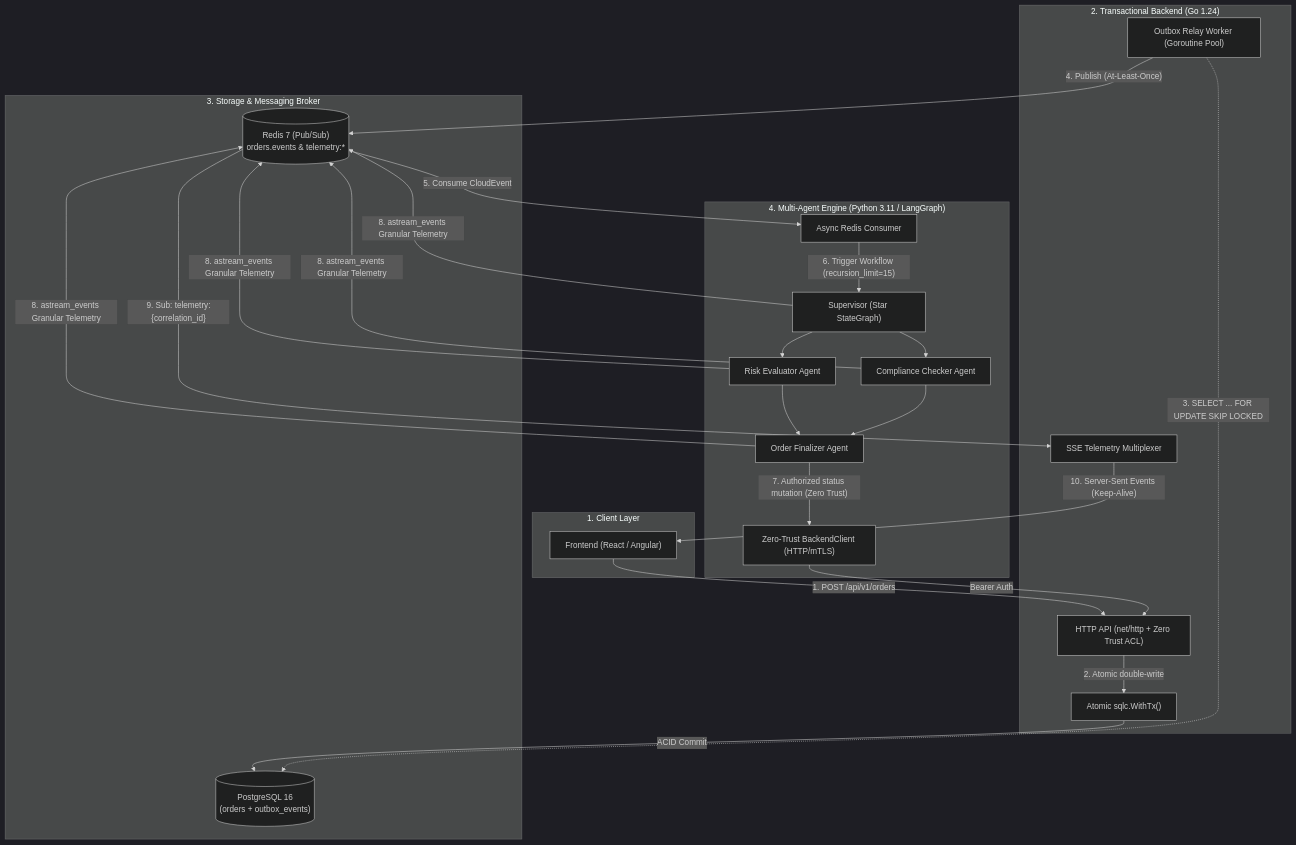
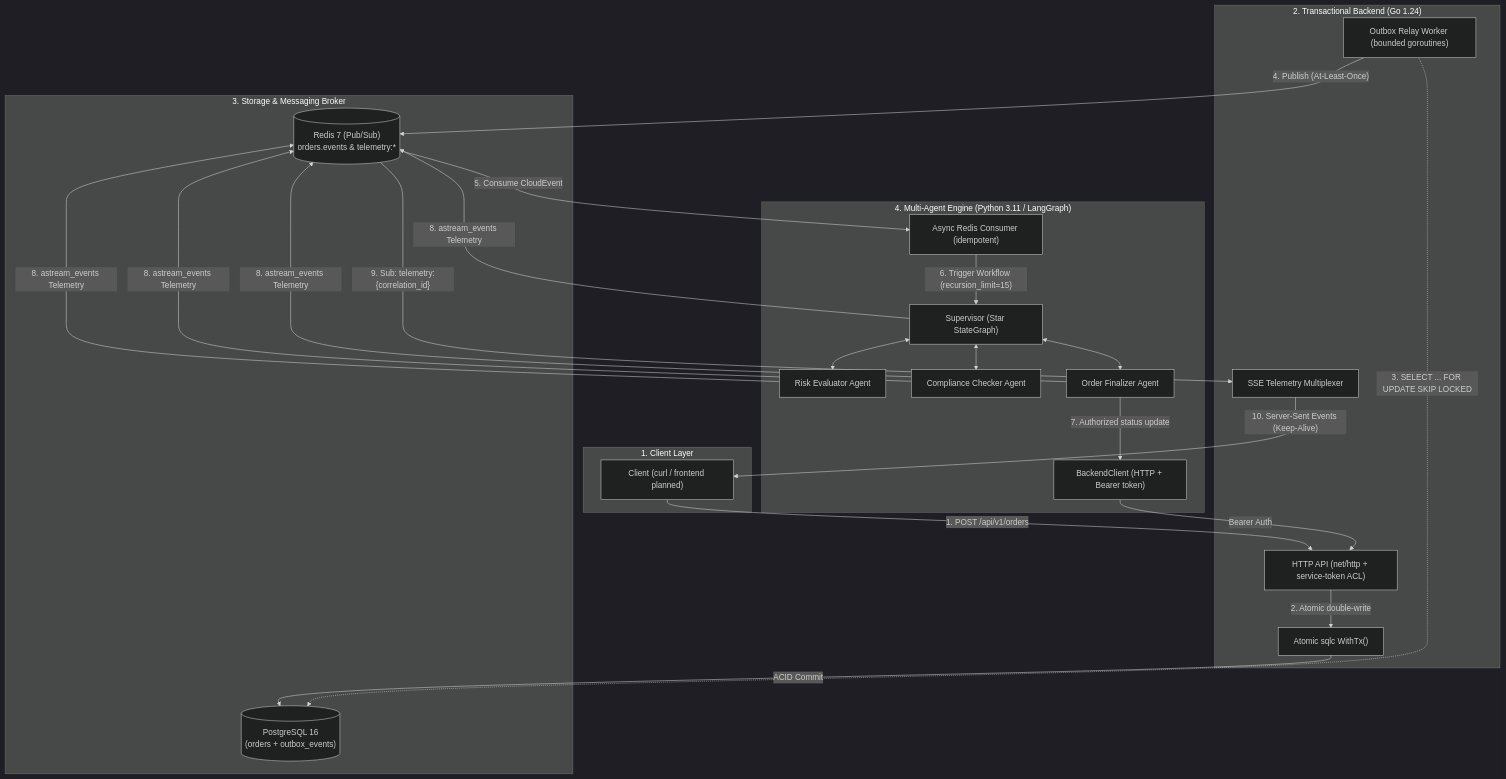
Before and after one commit to ggonzalez36/Agent-engine: the diagram in README.md, drawn with Mermaid (dark theme). The commit also changed other lines of this file and 2 other files, not shown here.

````diff
--- a/README.md
+++ b/README.md
@@ -15,44 +19,44 @@
 ```mermaid
 flowchart TD
     subgraph ClientLayer ["1. Client Layer"]
-        FE["Frontend (React / Angular)"]
+        FE["Client (curl / frontend planned)"]
     end
 
     subgraph GoBackend ["2. Transactional Backend (Go 1.24)"]
-        API["HTTP API (net/http + Zero Trust ACL)"]
-        TX["Atomic sqlc.WithTx()"]
-        RELAY["Outbox Relay Worker (Goroutine Pool)"]
+        API["HTTP API (net/http + service-token ACL)"]
+        TX["Atomic sqlc WithTx()"]
+        RELAY["Outbox Relay Worker (bounded goroutines)"]
         SSE["SSE Telemetry Multiplexer"]
     end
 
     subgraph StorageLayer ["3. Storage & Messaging Broker"]
         PG[("PostgreSQL 16\n(orders + outbox_events)")]
         REDIS[("Redis 7 (Pub/Sub)\norders.events & telemetry:*")]
     end
 
     subgraph AgentEngine ["4. Multi-Agent Engine (Python 3.11 / LangGraph)"]
-        SUB["Async Redis Consumer"]
+        SUB["Async Redis Consumer (idempotent)"]
         SUP["Supervisor (Star StateGraph)"]
         A1["Risk Evaluator Agent"]
         A2["Compliance Checker Agent"]
         A3["Order Finalizer Agent"]
-        CLI["Zero-Trust BackendClient (HTTP/mTLS)"]
+        CLI["BackendClient (HTTP + Bearer token)"]
     end
 
     %% Workflow Steps
     FE -->|"1. POST /api/v1/orders"| API
     API -->|"2. Atomic double-write"| TX
     TX -->|"ACID Commit"| PG
     RELAY -.->|"3. SELECT ... FOR UPDATE SKIP LOCKED"| PG
     RELAY -->|"4. Publish (At-Least-Once)"| REDIS
     REDIS -->|"5. Consume CloudEvent"| SUB
     SUB -->|"6. Trigger Workflow (recursion_limit=15)"| SUP
-    SUP --> A1
-    SUP --> A2
-    A1 & A2 --> A3
-    A3 -->|"7. Authorized status mutation (Zero Trust)"| CLI
+    SUP <--> A1
+    SUP <--> A2
+    SUP <--> A3
+    A3 -->|"7. Authorized status update"| CLI
     CLI -->|"Bearer Auth"| API
-    SUP & A1 & A2 & A3 -->|"8. astream_events Granular Telemetry"| REDIS
+    SUP & A1 & A2 & A3 -->|"8. astream_events Telemetry"| REDIS
     REDIS -->|"9. Sub: telemetry:{correlation_id}"| SSE
     SSE -->|"10. Server-Sent Events (Keep-Alive)"| FE
 ```
````
